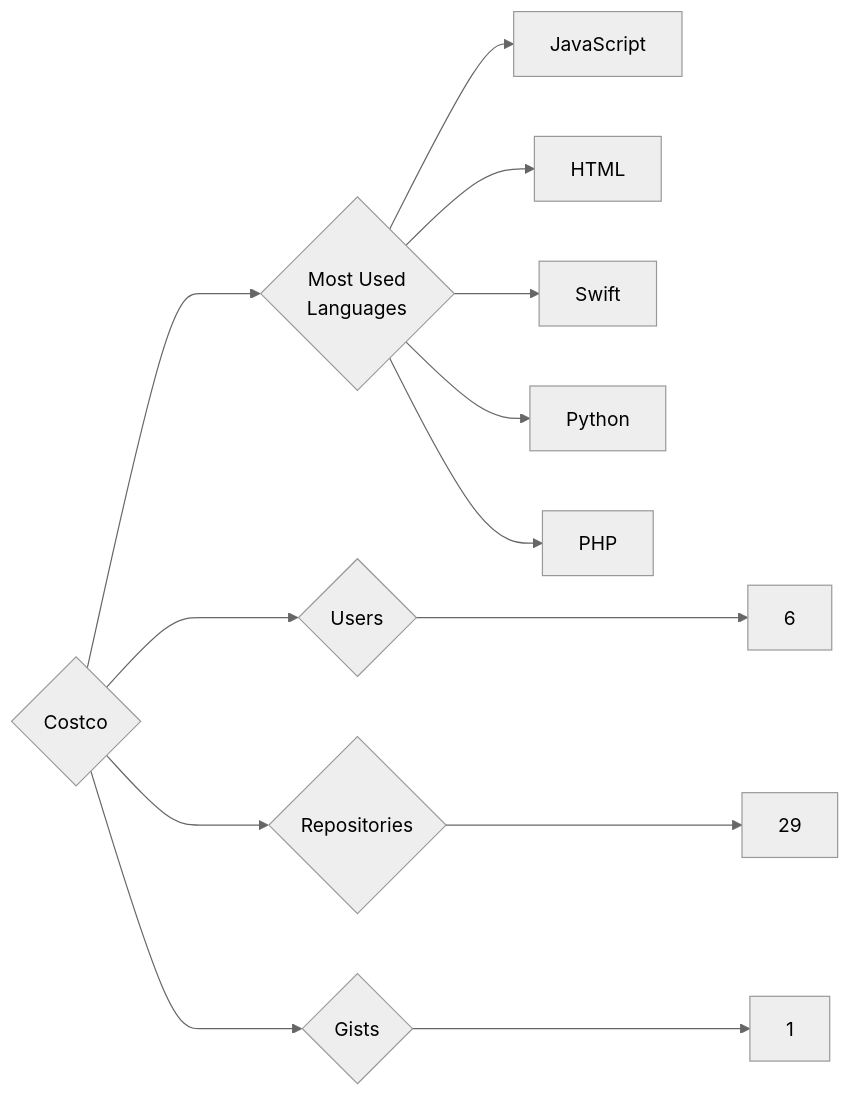
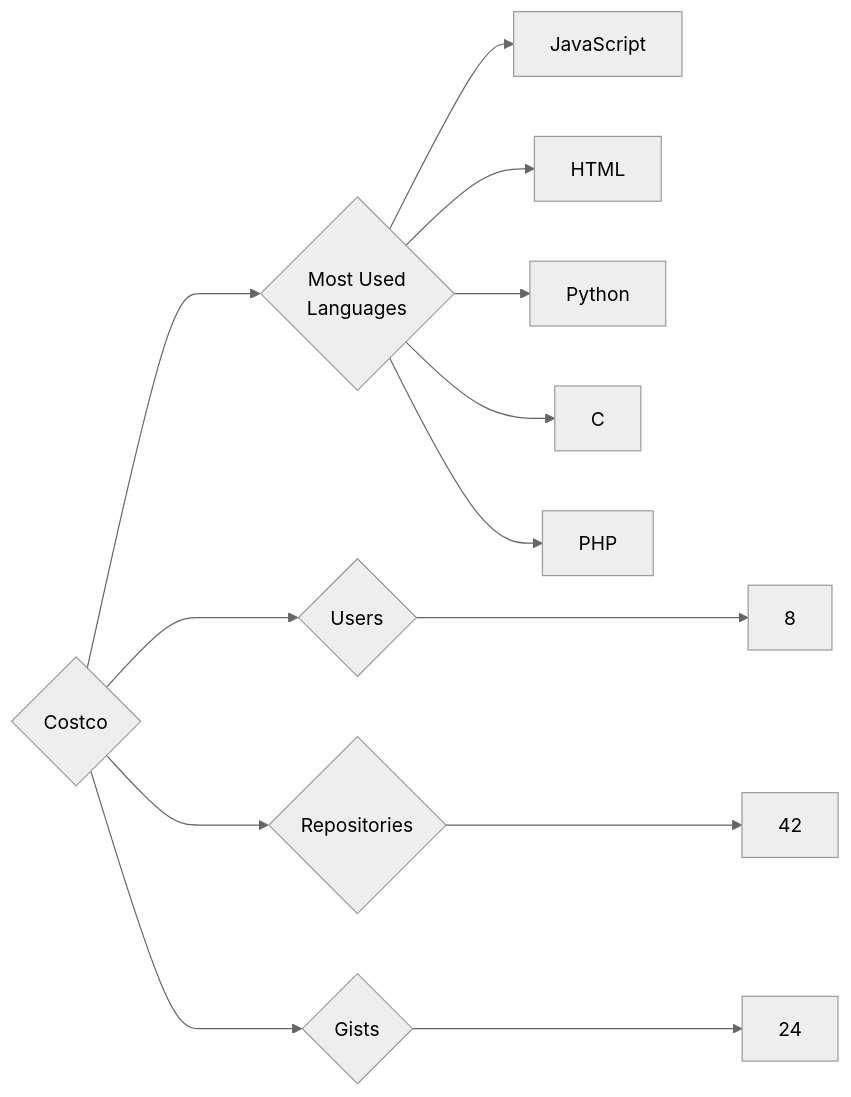
The diagram in targets/Costco/README.md (trickest/insiders), drawn with Mermaid (neutral theme) before and after one commit. The commit also changed 988 other files, not shown here.

````diff
--- a/targets/Costco/README.md
+++ b/targets/Costco/README.md
@@ -3,13 +3,13 @@
 ```mermaid
 graph LR
 COMPANY_NAME{Costco}
-COMPANY_NAME ---> U{Users} ---> UN[6]
-COMPANY_NAME ---> R{Repositories} ---> RN[29]
-COMPANY_NAME ---> G{Gists} ---> GN[1]
+COMPANY_NAME ---> U{Users} ---> UN[8]
+COMPANY_NAME ---> R{Repositories} ---> RN[42]
+COMPANY_NAME ---> G{Gists} ---> GN[24]
 COMPANY_NAME ---> ML{Most Used<br>Languages}
 ML --> JavaScript[JavaScript]
 ML --> HTML[HTML]
-ML --> Swift[Swift]
 ML --> Python[Python]
+ML --> C[C]
 ML --> PHP[PHP]
 ```
````
